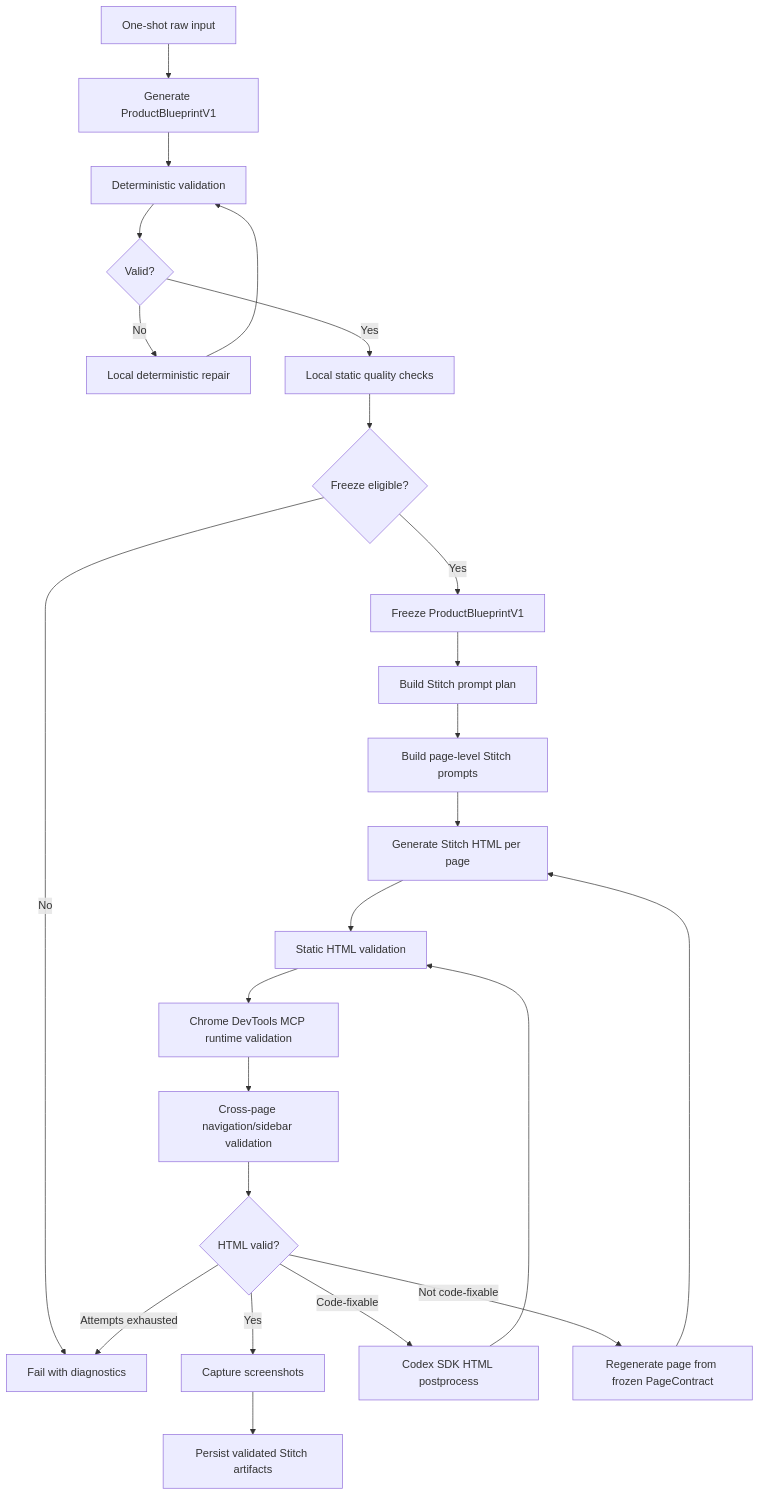
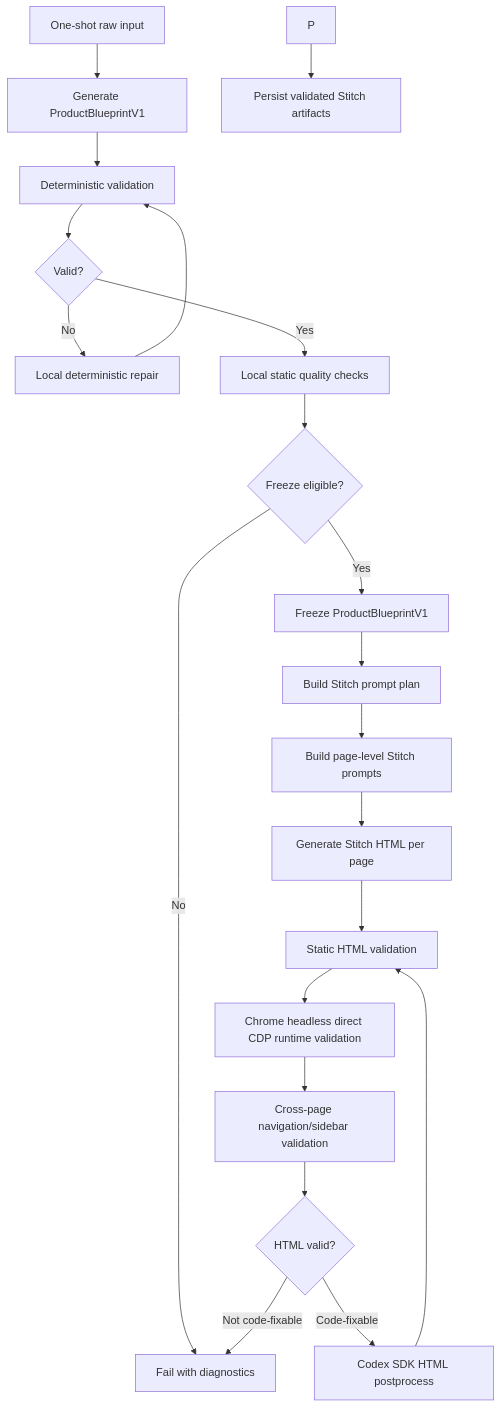
Before and after one commit to CharlieHasAHeart/stitch2react: the first of 3 diagrams in docs/current-pipeline-mermaid.md, drawn with Mermaid. The commit also changed other lines of this file and 41 other files, not shown here.

````diff
--- a/docs/current-pipeline-mermaid.md
+++ b/docs/current-pipeline-mermaid.md
@@ -9,27 +9,24 @@
 ```mermaid
 flowchart TD
   A["One-shot raw input"] --> B["Generate ProductBlueprintV1"]
   B --> C["Deterministic validation"]
   C --> D{"Valid?"}
   D -->|No| E["Local deterministic repair"]
   E --> C
   D -->|Yes| F["Local static quality checks"]
   F --> G{"Freeze eligible?"}
   G -->|No| Z["Fail with diagnostics"]
   G -->|Yes| H["Freeze ProductBlueprintV1"]
 
   H --> I["Build Stitch prompt plan"]
   I --> J["Build page-level Stitch prompts"]
   J --> K["Generate Stitch HTML per page"]
   K --> L["Static HTML validation"]
-  L --> M["Chrome DevTools MCP runtime validation"]
+  L --> M["Chrome headless direct CDP runtime validation"]
   M --> N["Cross-page navigation/sidebar validation"]
   N --> O{"HTML valid?"}
-  O -->|Yes| P["Capture screenshots"]
   P --> Q["Persist validated Stitch artifacts"]
   O -->|Code-fixable| R["Codex SDK HTML postprocess"]
   R --> L
-  O -->|Not code-fixable| S["Regenerate page from frozen PageContract"]
-  S --> K
-  O -->|Attempts exhausted| Z
+  O -->|Not code-fixable| Z
 ```
````
